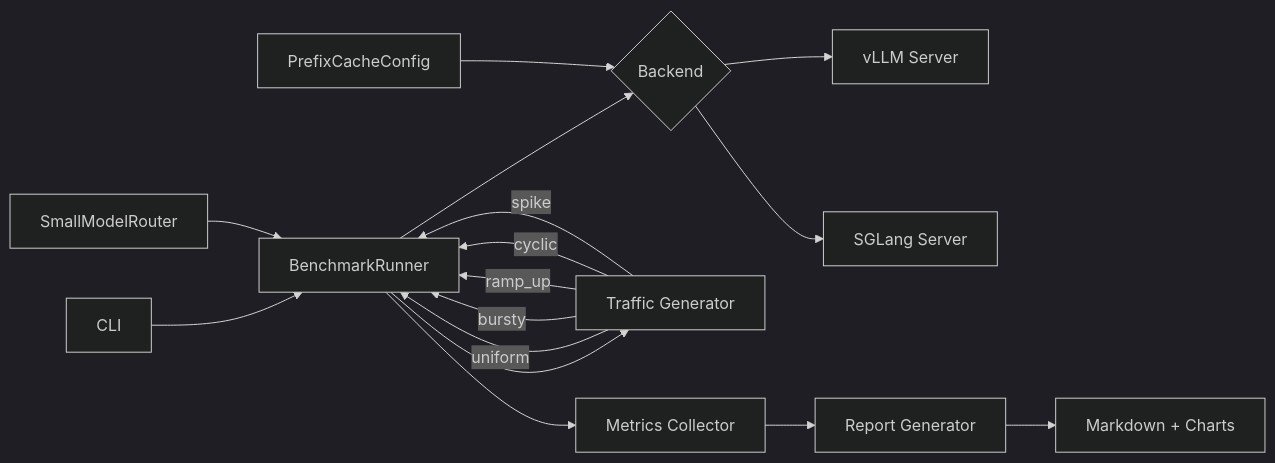
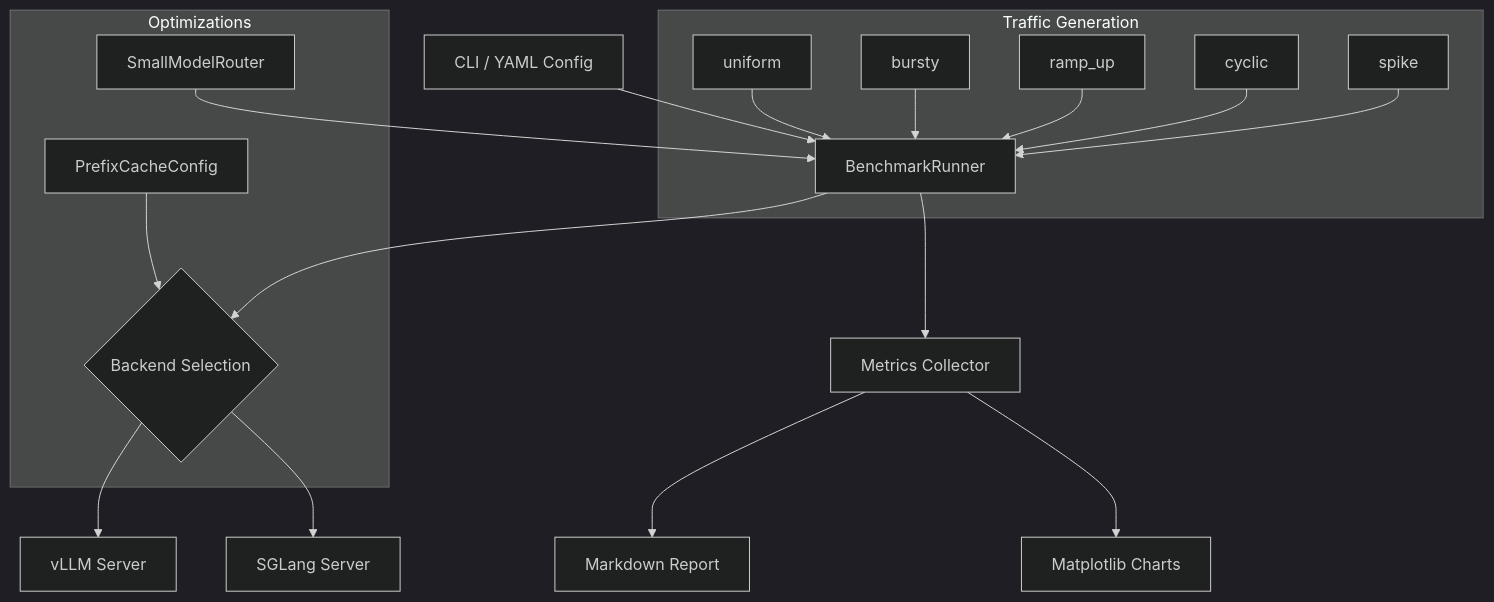
Before and after one commit to siddhant-rajhans/llm-serving-benchmark: the diagram in README.md, drawn with Mermaid (dark theme). The commit also changed other lines of this file, not shown here.

````diff
--- a/README.md
+++ b/README.md
@@ -7,19 +26,25 @@
 ```mermaid
-graph LR
-    A[CLI] --> B[BenchmarkRunner]
-    B --> C{Backend}
+graph TD
+    A[CLI / YAML Config] --> B[BenchmarkRunner]
+
+    subgraph Traffic Generation
+        T1[uniform] --> B
+        T2[bursty] --> B
+        T3[ramp_up] --> B
+        T4[cyclic] --> B
+        T5[spike] --> B
+    end
+
+    B --> C{Backend Selection}
     C --> D[vLLM Server]
     C --> E[SGLang Server]
-    B --> F[Traffic Generator]
-    F --> |uniform| B
-    F --> |bursty| B
-    F --> |ramp_up| B
-    F --> |cyclic| B
-    F --> |spike| B
-    B --> G[Metrics Collector]
-    G --> H[Report Generator]
-    H --> I[Markdown + Charts]
 
-    J[SmallModelRouter] --> B
-    K[PrefixCacheConfig] --> C
+    subgraph Optimizations
+        F[SmallModelRouter] --> B
+        G[PrefixCacheConfig] --> C
+    end
+
+    B --> H[Metrics Collector]
+    H --> I[Markdown Report]
+    H --> J[Matplotlib Charts]
 ```
````
